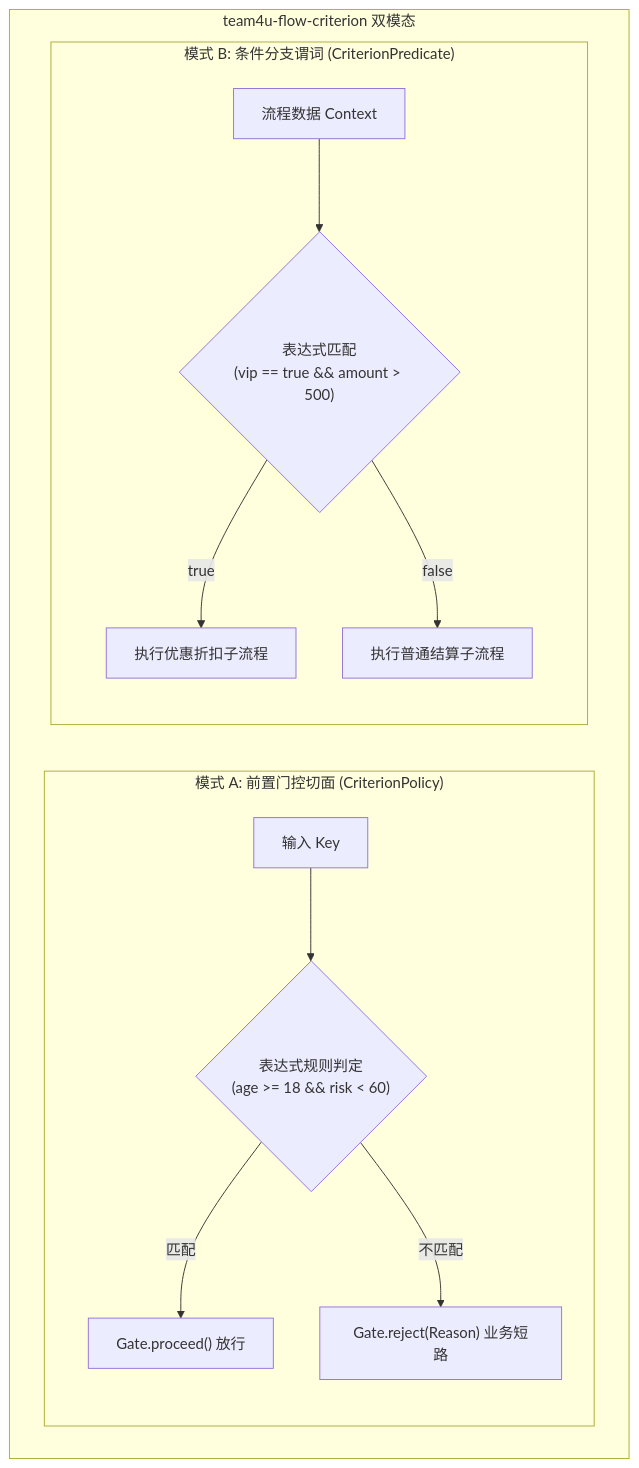
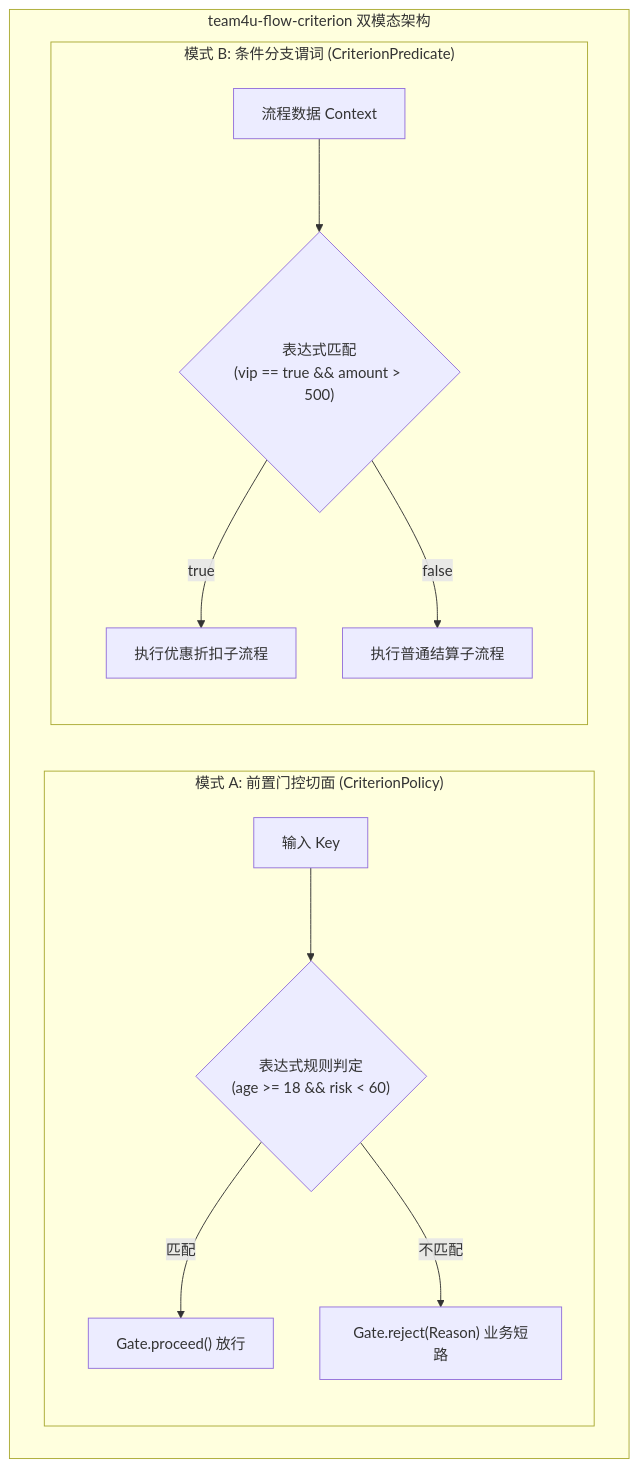
One commit to team4u/team4u-framework changed the diagram in docs/flow/policy-criterion.md. Above: the diagram before and after it, drawn with Mermaid. The commit also changed other lines of this file and 21 other files, not shown here.

Commit message:
docs(flow): deepen technical documentation across core, governance, durable, and testing

````diff
--- a/docs/flow/policy-criterion.md
+++ b/docs/flow/policy-criterion.md
@@ -25,16 +27,16 @@
 ```mermaid
 graph TD
-    subgraph "team4u-flow-criterion 双模态"
+    subgraph "team4u-flow-criterion 双模态架构"
         subgraph "模式 A: 前置门控切面 (CriterionPolicy)"
             P_IN["输入 Key"] --> CP_EVAL{"表达式规则判定<br/>(age >= 18 && risk < 60)"}
             CP_EVAL -->|匹配| CP_OK["Gate.proceed() 放行"]
             CP_EVAL -->|不匹配| CP_REJ["Gate.reject(Reason) 业务短路"]
         end
         
         subgraph "模式 B: 条件分支谓词 (CriterionPredicate)"
             PR_IN["流程数据 Context"] --> PR_EVAL{"表达式匹配<br/>(vip == true && amount > 500)"}
             PR_EVAL -->|true| BR_A["执行优惠折扣子流程"]
             PR_EVAL -->|false| BR_B["执行普通结算子流程"]
         end
     end
 ```
````
